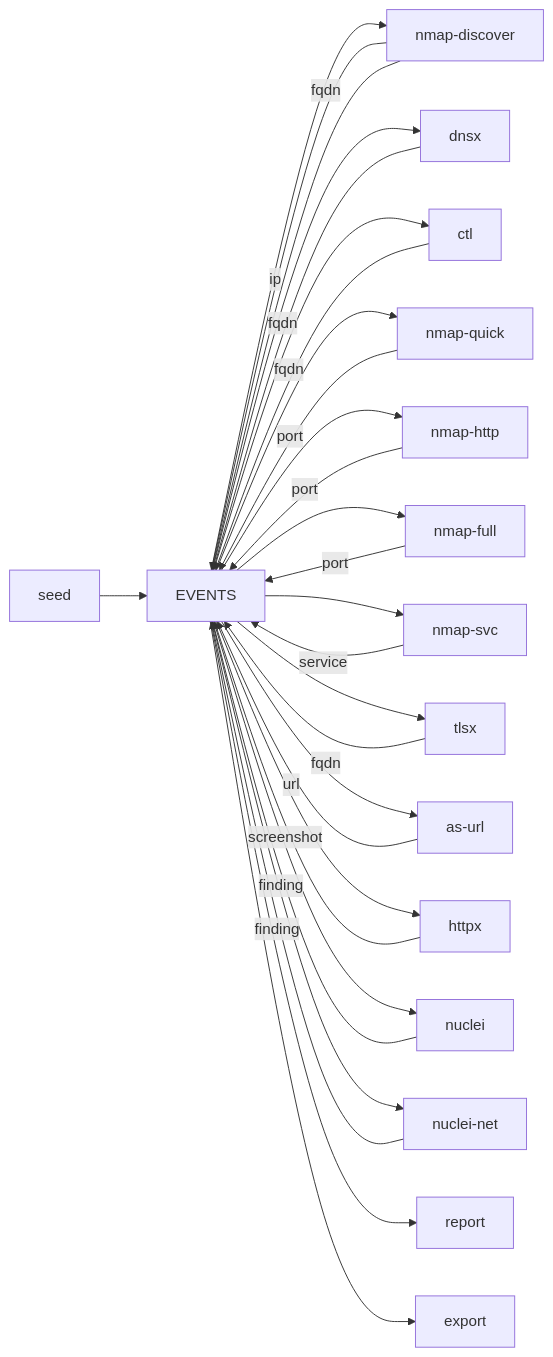
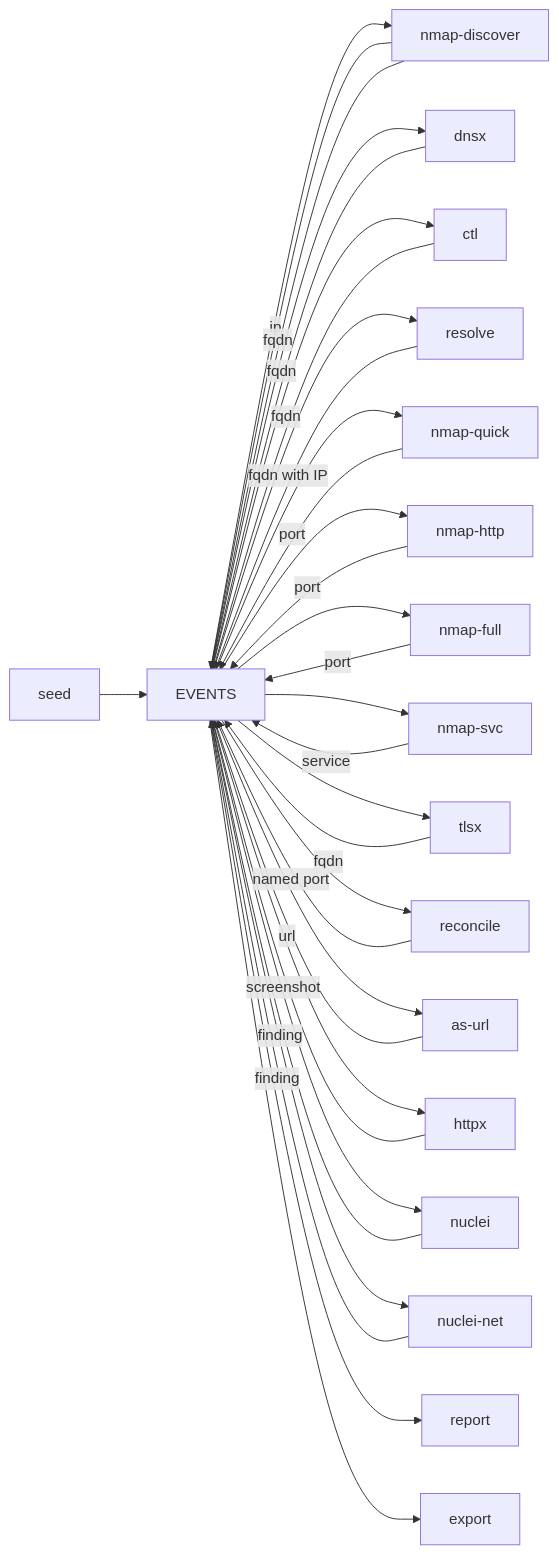
The diagram in README.md (tomsteele/adama), drawn with Mermaid before and after one commit. The commit also changed other lines of this file and 41 other files, not shown here.

````diff
--- a/README.md
+++ b/README.md
@@ -7,31 +7,35 @@
 ```mermaid
 flowchart LR
   seed[seed] --> events[EVENTS]
   events --> nmapDiscover[nmap-discover]
   nmapDiscover -->|ip| events
   nmapDiscover -->|fqdn| events
   events --> dnsx
   events --> ctl
+  events --> resolve
+  resolve -->|fqdn with IP| events
   dnsx -->|fqdn| events
   ctl -->|fqdn| events
   events --> nmapQuick[nmap-quick]
   events --> nmapHttp[nmap-http]
   events --> nmapFull[nmap-full]
   nmapQuick -->|port| events
   nmapHttp -->|port| events
   nmapFull -->|port| events
   events --> nmapSvc[nmap-svc]
   events --> tlsx
   nmapSvc -->|service| events
   tlsx -->|fqdn| events
+  events --> reconcile
+  reconcile -->|named port| events
   events --> asUrl[as-url]
   asUrl -->|url| events
   events --> httpx
   events --> nuclei
   events --> nucleiNet[nuclei-net]
   httpx -->|screenshot| events
   nuclei -->|finding| events
   nucleiNet -->|finding| events
   events --> report
   events --> export
 ```
````
